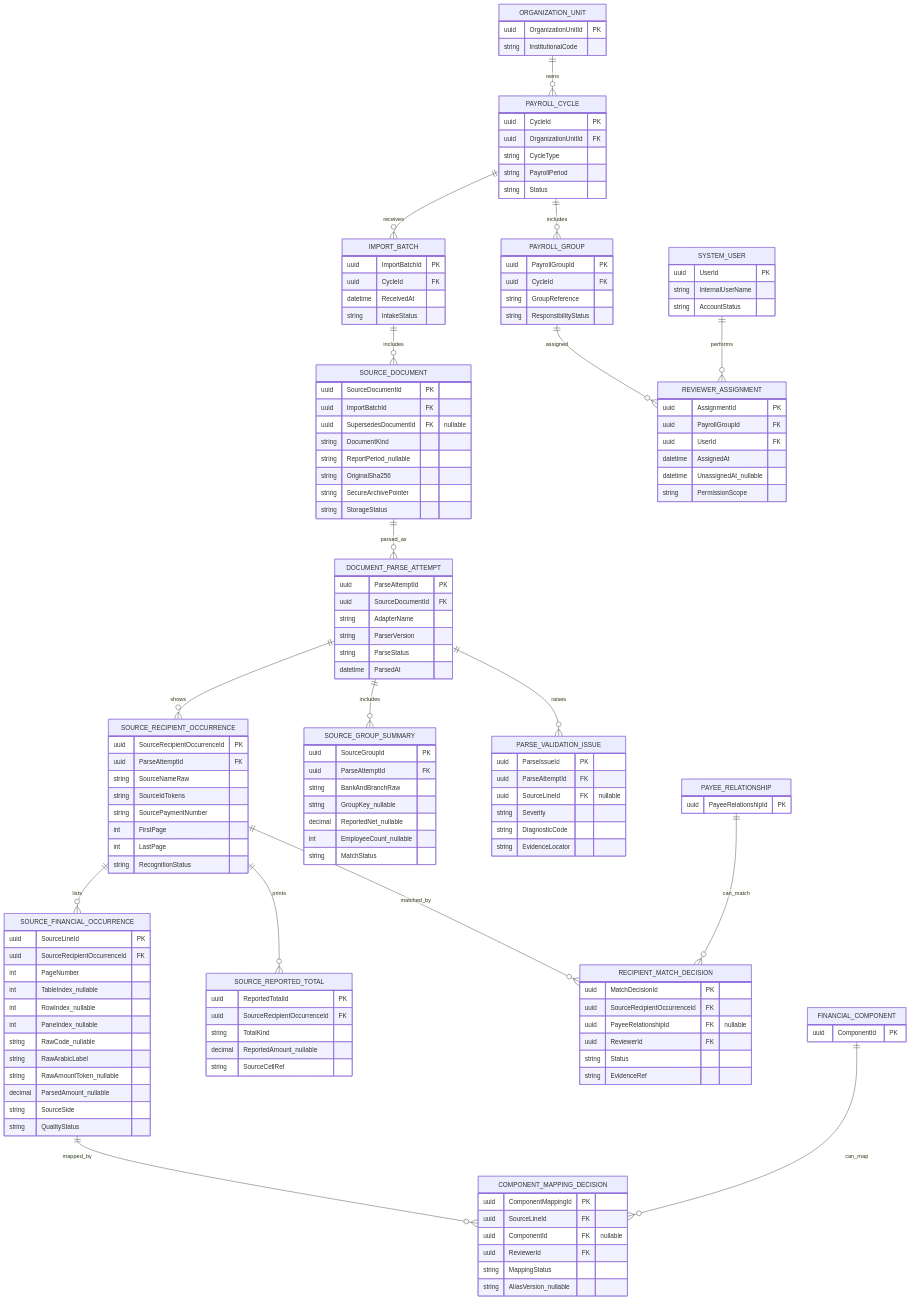
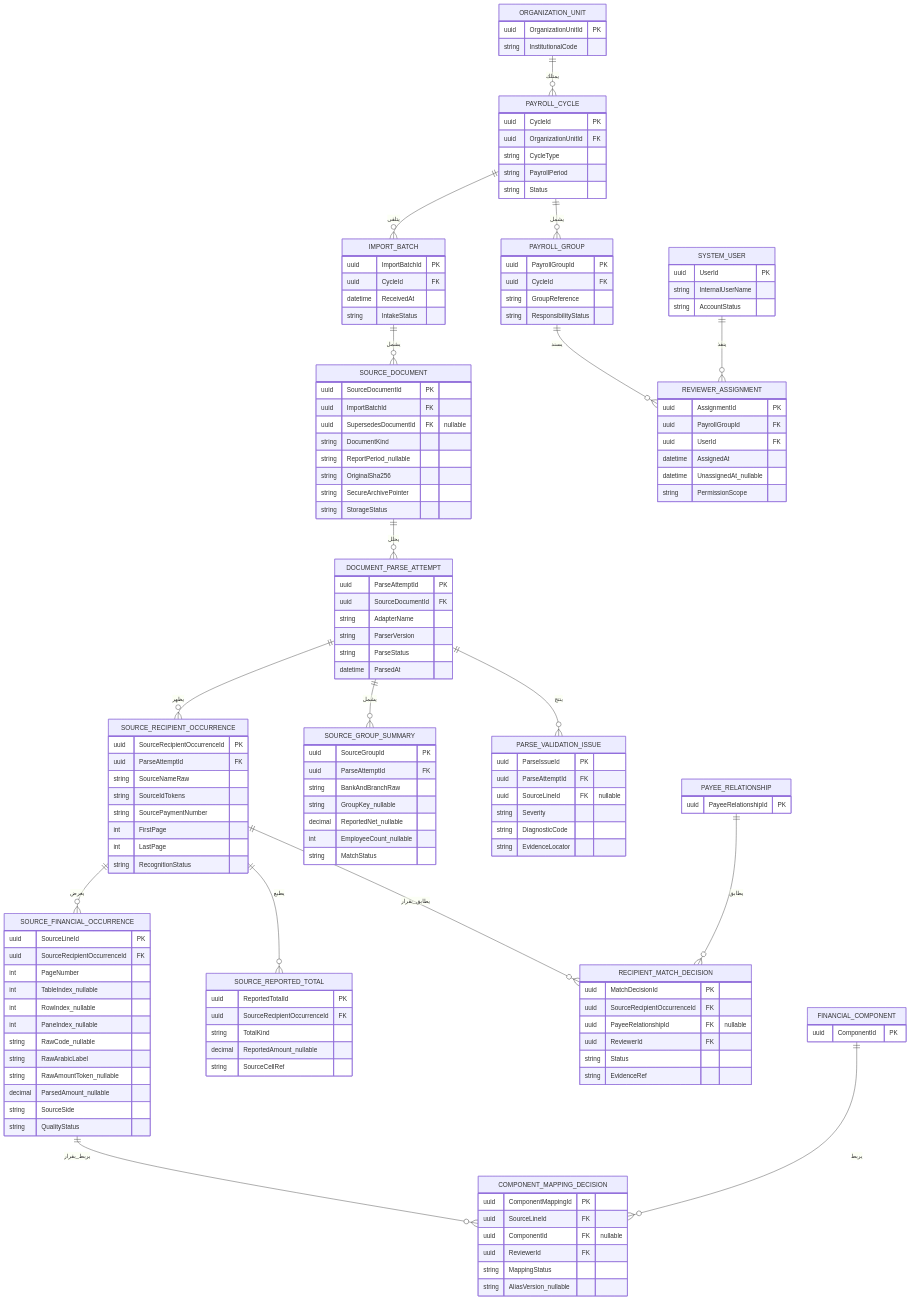
Before and after one commit to AlexandriaDeveloper/PayrollReviewSystem: the diagram in docs/architecture/ERD-IMPORT-AND-AUDIT.md, drawn with Mermaid. The commit also changed other lines of this file and 40 other files, not shown here.

First line of the commit message:
docs: Arabic documentation across repository with ERD/UML worked examples

````diff
--- a/docs/architecture/ERD-IMPORT-AND-AUDIT.md
+++ b/docs/architecture/ERD-IMPORT-AND-AUDIT.md
@@ -5,21 +6,21 @@
 ```mermaid
 erDiagram
-  ORGANIZATION_UNIT ||--o{ PAYROLL_CYCLE : owns
-  PAYROLL_CYCLE ||--o{ PAYROLL_GROUP : includes
-  PAYROLL_CYCLE ||--o{ IMPORT_BATCH : receives
-  IMPORT_BATCH ||--o{ SOURCE_DOCUMENT : includes
-  SOURCE_DOCUMENT ||--o{ DOCUMENT_PARSE_ATTEMPT : parsed_as
-  DOCUMENT_PARSE_ATTEMPT ||--o{ SOURCE_RECIPIENT_OCCURRENCE : shows
-  DOCUMENT_PARSE_ATTEMPT ||--o{ SOURCE_GROUP_SUMMARY : includes
-  DOCUMENT_PARSE_ATTEMPT ||--o{ PARSE_VALIDATION_ISSUE : raises
-  SOURCE_RECIPIENT_OCCURRENCE ||--o{ SOURCE_FINANCIAL_OCCURRENCE : lists
-  SOURCE_RECIPIENT_OCCURRENCE ||--o{ SOURCE_REPORTED_TOTAL : prints
-  SOURCE_RECIPIENT_OCCURRENCE ||--o{ RECIPIENT_MATCH_DECISION : matched_by
-  SOURCE_FINANCIAL_OCCURRENCE ||--o{ COMPONENT_MAPPING_DECISION : mapped_by
-  PAYEE_RELATIONSHIP ||--o{ RECIPIENT_MATCH_DECISION : can_match
-  FINANCIAL_COMPONENT ||--o{ COMPONENT_MAPPING_DECISION : can_map
-  PAYROLL_GROUP ||--o{ REVIEWER_ASSIGNMENT : assigned
-  SYSTEM_USER ||--o{ REVIEWER_ASSIGNMENT : performs
+  ORGANIZATION_UNIT ||--o{ PAYROLL_CYCLE : يمتلك
+  PAYROLL_CYCLE ||--o{ PAYROLL_GROUP : يشمل
+  PAYROLL_CYCLE ||--o{ IMPORT_BATCH : يتلقى
+  IMPORT_BATCH ||--o{ SOURCE_DOCUMENT : يشمل
+  SOURCE_DOCUMENT ||--o{ DOCUMENT_PARSE_ATTEMPT : يحلل
+  DOCUMENT_PARSE_ATTEMPT ||--o{ SOURCE_RECIPIENT_OCCURRENCE : يظهر
+  DOCUMENT_PARSE_ATTEMPT ||--o{ SOURCE_GROUP_SUMMARY : يشمل
+  DOCUMENT_PARSE_ATTEMPT ||--o{ PARSE_VALIDATION_ISSUE : ينتج
+  SOURCE_RECIPIENT_OCCURRENCE ||--o{ SOURCE_FINANCIAL_OCCURRENCE : يعرض
+  SOURCE_RECIPIENT_OCCURRENCE ||--o{ SOURCE_REPORTED_TOTAL : يطبع
+  SOURCE_RECIPIENT_OCCURRENCE ||--o{ RECIPIENT_MATCH_DECISION : يطابق_بقرار
+  SOURCE_FINANCIAL_OCCURRENCE ||--o{ COMPONENT_MAPPING_DECISION : يربط_بقرار
+  PAYEE_RELATIONSHIP ||--o{ RECIPIENT_MATCH_DECISION : يطابق
+  FINANCIAL_COMPONENT ||--o{ COMPONENT_MAPPING_DECISION : يربط
+  PAYROLL_GROUP ||--o{ REVIEWER_ASSIGNMENT : يسند
+  SYSTEM_USER ||--o{ REVIEWER_ASSIGNMENT : ينفذ
   SOURCE_DOCUMENT {
     uuid SourceDocumentId PK
     uuid ImportBatchId FK
````
